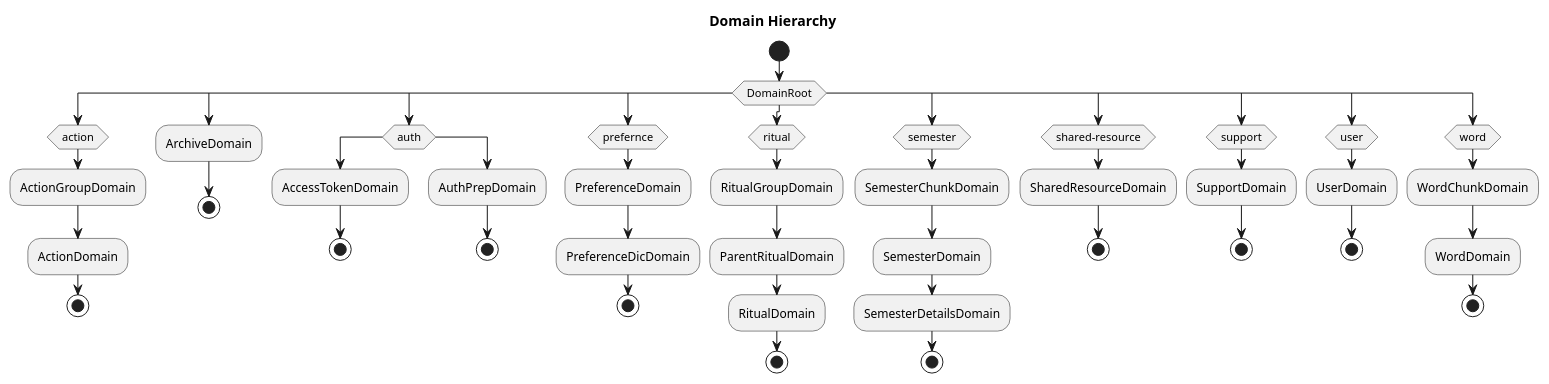
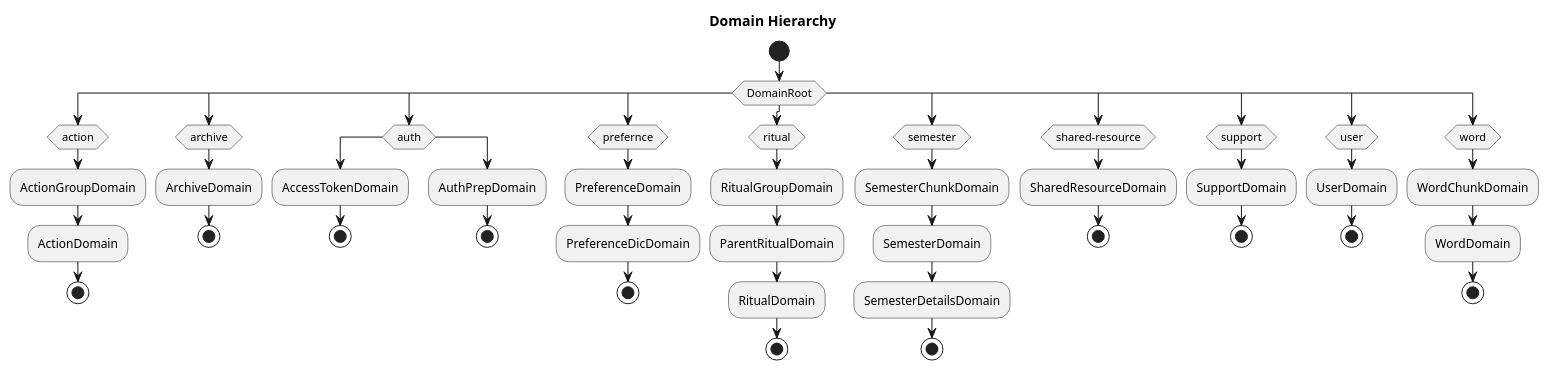
One commit to ajktown/docs changed the diagram in dev_api/domains/index.hierarchy.md. Above: the diagram before and after it, drawn with PlantUML.

````diff
--- a/dev_api/domains/index.hierarchy.md
+++ b/dev_api/domains/index.hierarchy.md
@@ -17,79 +17,82 @@
 ```plantuml
 @startuml
 
 title Domain Hierarchy
 
 start
 switch ( DomainRoot )
 case ()
   switch ( action )
   case ()
     :ActionGroupDomain;
     :ActionDomain;
     stop
   endswitch
 case ()
-  :ArchiveDomain;
-  stop
+  switch ( archive )
+  case ()
+    :ArchiveDomain;
+    stop
+  endswitch
 case ()
   switch ( auth )
   case ()
     :AccessTokenDomain;
     stop
   case ()
     :AuthPrepDomain;
     stop
   endswitch
 case ()
   switch ( prefernce )
   case ()
     :PreferenceDomain;
     :PreferenceDicDomain;
     stop
   endswitch
 case ()
   switch ( ritual )
   case ()
     :RitualGroupDomain;
     :ParentRitualDomain;
     :RitualDomain;
     stop
   endswitch
 case ()
   switch ( semester )
   case ()
     :SemesterChunkDomain;
     :SemesterDomain;
     :SemesterDetailsDomain;
     stop
   endswitch
 case ()
   switch ( shared-resource )
   case ()
     :SharedResourceDomain;
     stop
   endswitch
 case ()
   switch ( support )
   case ()
     :SupportDomain;
     stop
   endswitch
 case ()
   switch ( user )
   case ()
     :UserDomain;
     stop
   endswitch
 case ()
   switch ( word )
   case ()
     :WordChunkDomain;
     :WordDomain;
     stop
   endswitch
 endswitch
 
 @enduml
 
 ```
````
